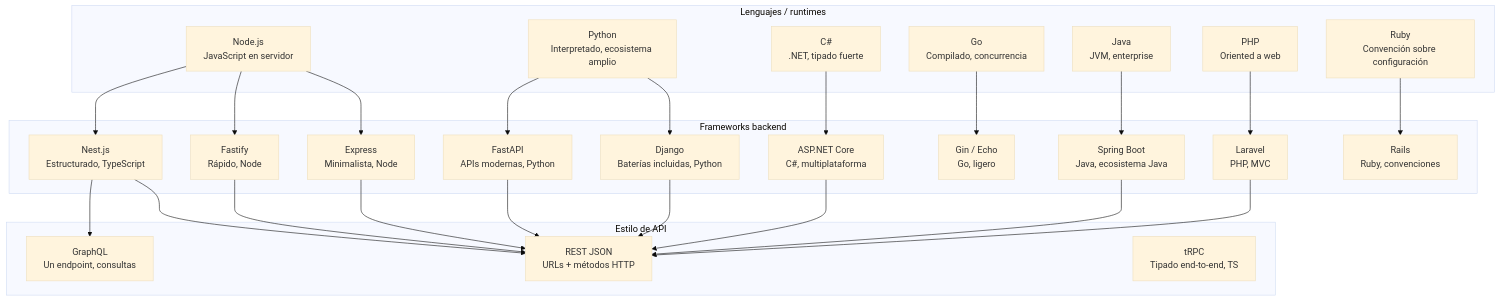
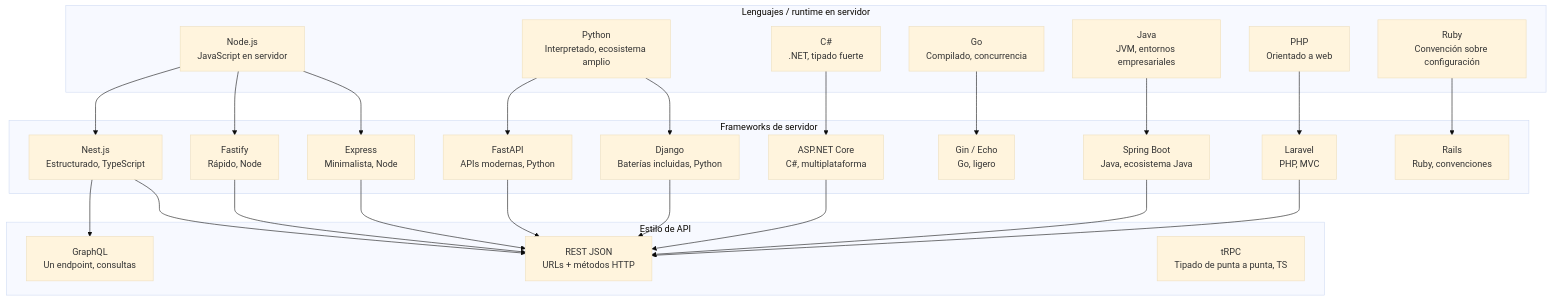
One commit to alexmenz28/Notas-Docusaurus changed the third of 6 diagrams in docs/desarrollo-web/crear-aplicacion-web-diagramas.md. Above: the diagram before and after it, drawn with Mermaid (base theme). The commit also changed other lines of this file and 62 other files, not shown here.

````diff
--- a/docs/desarrollo-web/crear-aplicacion-web-diagramas.md
+++ b/docs/desarrollo-web/crear-aplicacion-web-diagramas.md
@@ -182,52 +182,52 @@
 ```mermaid
 flowchart TB
-  subgraph LENGUAJES[" Lenguajes / runtimes "]
+  subgraph LENGUAJES[" Lenguajes / runtime en servidor "]
     Node["Node.js<br/>JavaScript en servidor"]
     Python["Python<br/>Interpretado, ecosistema amplio"]
     CSharp["C#<br/>.NET, tipado fuerte"]
     Go["Go<br/>Compilado, concurrencia"]
-    Java["Java<br/>JVM, enterprise"]
-    PHP["PHP<br/>Oriented a web"]
+    Java["Java<br/>JVM, entornos empresariales"]
+    PHP["PHP<br/>Orientado a web"]
     Ruby["Ruby<br/>Convención sobre configuración"]
   end
 
-  subgraph FRAMEWORKS[" Frameworks backend "]
+  subgraph FRAMEWORKS[" Frameworks de servidor "]
     Express["Express<br/>Minimalista, Node"]
     Fastify["Fastify<br/>Rápido, Node"]
     Nest["Nest.js<br/>Estructurado, TypeScript"]
     Django["Django<br/>Baterías incluidas, Python"]
     FastAPI["FastAPI<br/>APIs modernas, Python"]
     ASPNET["ASP.NET Core<br/>C#, multiplataforma"]
     Spring["Spring Boot<br/>Java, ecosistema Java"]
     Laravel["Laravel<br/>PHP, MVC"]
     Rails["Rails<br/>Ruby, convenciones"]
     Gin["Gin / Echo<br/>Go, ligero"]
   end
 
   subgraph API[" Estilo de API "]
     REST["REST JSON<br/>URLs + métodos HTTP"]
     GraphQL["GraphQL<br/>Un endpoint, consultas"]
-    tRPC["tRPC<br/>Tipado end-to-end, TS"]
+    tRPC["tRPC<br/>Tipado de punta a punta, TS"]
   end
 
   Node --> Express
   Node --> Fastify
   Node --> Nest
   Python --> Django
   Python --> FastAPI
   CSharp --> ASPNET
   Java --> Spring
   PHP --> Laravel
   Ruby --> Rails
   Go --> Gin
 
   Express --> REST
   Fastify --> REST
   Nest --> REST
   Nest --> GraphQL
   Django --> REST
   FastAPI --> REST
   ASPNET --> REST
   Spring --> REST
   Laravel --> REST
 ```
````
